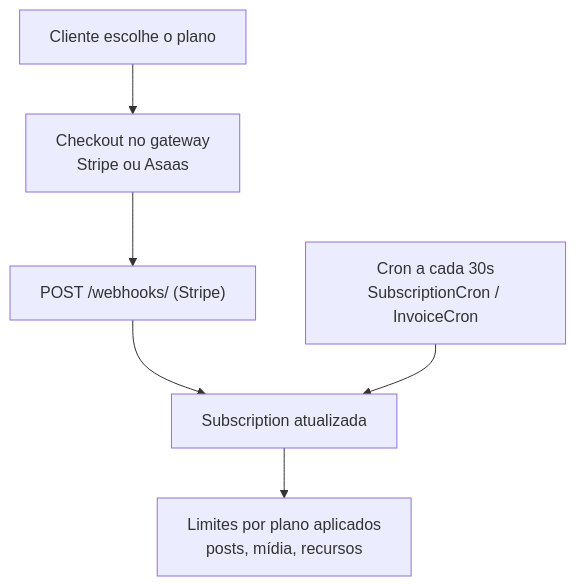
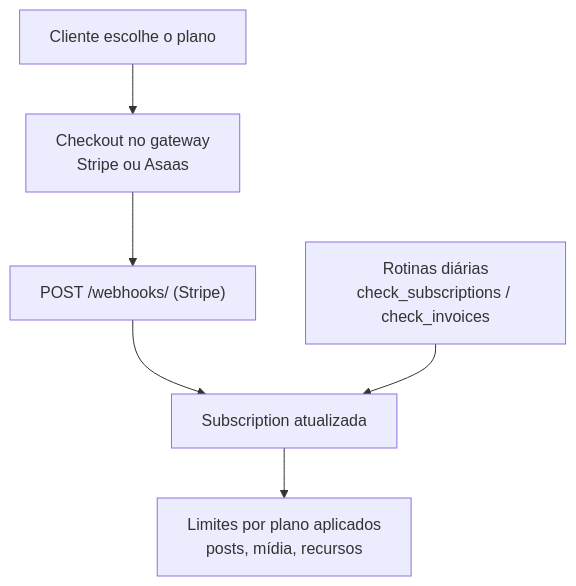
One commit to aliverso01/mintlify-docs changed the fourth of 4 diagrams in arquitetura/fluxos.mdx. Above: the diagram before and after it, drawn with Mermaid. The commit also changed other lines of this file and 21 other files, not shown here.

````diff
--- a/arquitetura/fluxos.mdx
+++ b/arquitetura/fluxos.mdx
@@ -88,8 +88,8 @@
 ```mermaid
 flowchart TD
     U["Cliente escolhe o plano"] --> CK["Checkout no gateway<br/>Stripe ou Asaas"]
     CK --> WH["POST /webhooks/ (Stripe)"]
     WH --> SUB["Subscription atualizada"]
     SUB --> LIM["Limites por plano aplicados<br/>posts, mídia, recursos"]
-    CRON["Cron a cada 30s<br/>SubscriptionCron / InvoiceCron"] --> SUB
+    CRON["Rotinas diárias<br/>check_subscriptions / check_invoices"] --> SUB
 ```
````
